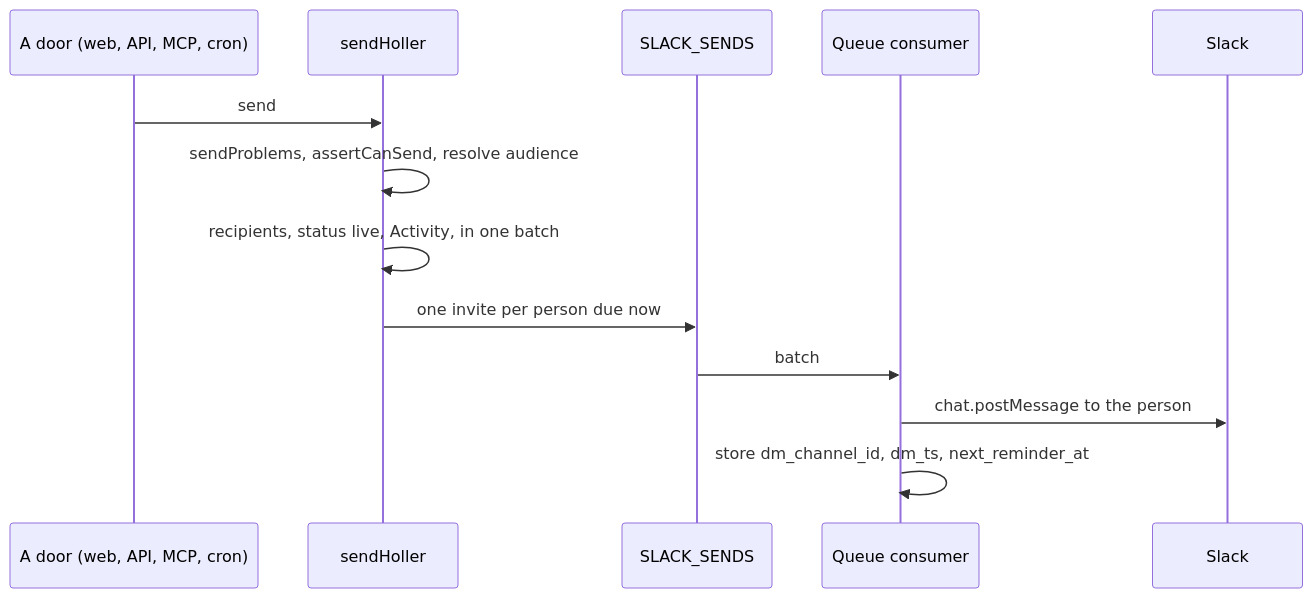
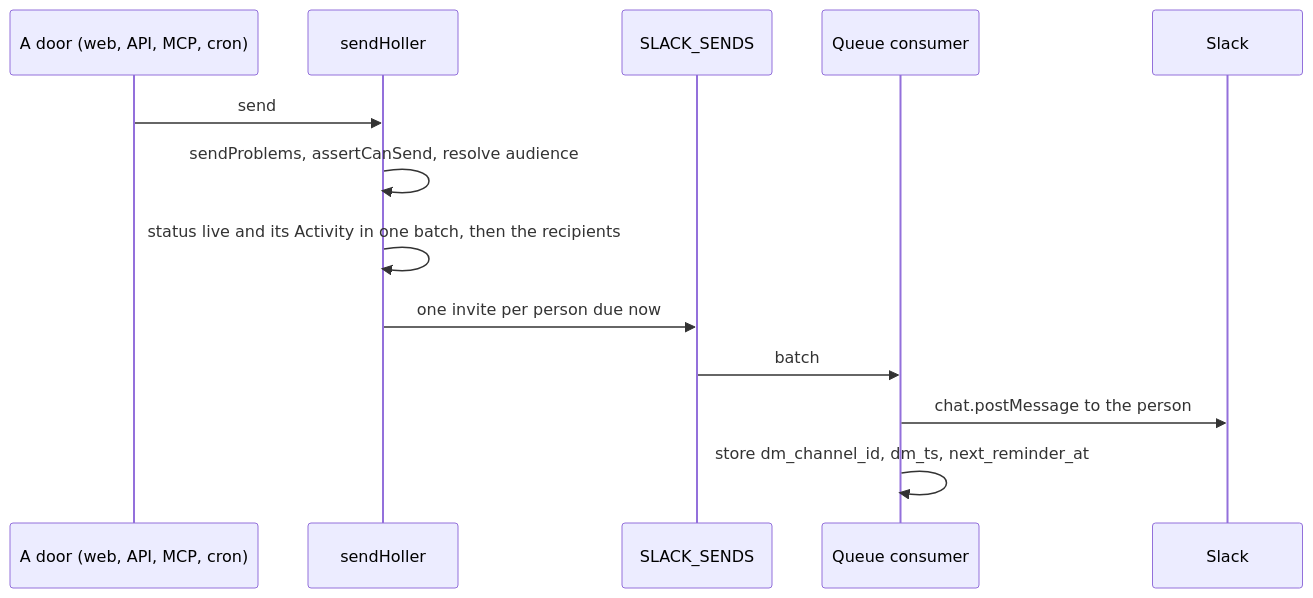
Before and after one commit to krambertech/holler: the second of 2 diagrams in docs/slack.md, drawn with Mermaid. The commit also changed 9 other files, not shown here.

Commit message:
build(guards): prove a change and its Activity land together

````diff
--- a/docs/slack.md
+++ b/docs/slack.md
@@ -97,15 +97,15 @@
 ```mermaid
 sequenceDiagram
   participant D as A door (web, API, MCP, cron)
   participant S as sendHoller
   participant Q as SLACK_SENDS
   participant C as Queue consumer
   participant K as Slack
   D->>S: send
   S->>S: sendProblems, assertCanSend, resolve audience
-  S->>S: recipients, status live, Activity, in one batch
+  S->>S: status live and its Activity in one batch, then the recipients
   S->>Q: one invite per person due now
   Q->>C: batch
   C->>K: chat.postMessage to the person
   C->>C: store dm_channel_id, dm_ts, next_reminder_at
 ```
````
